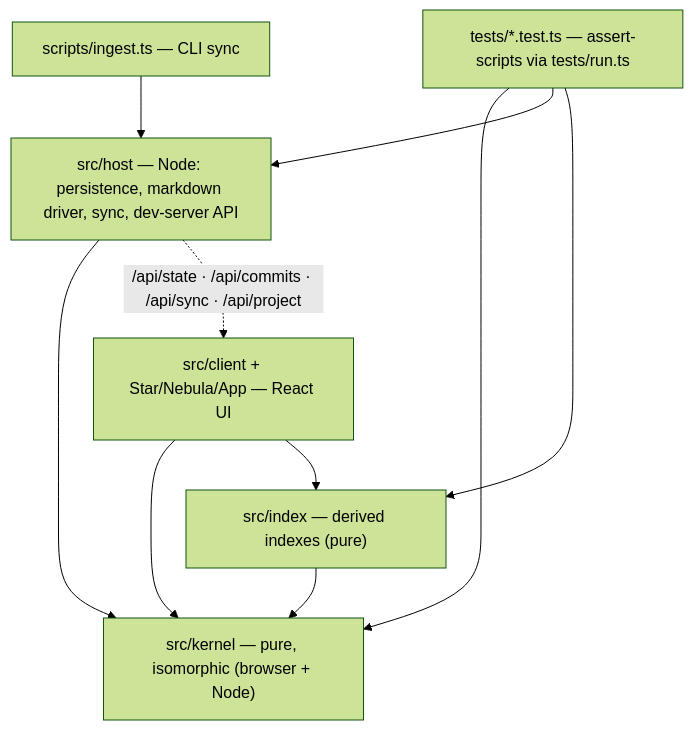
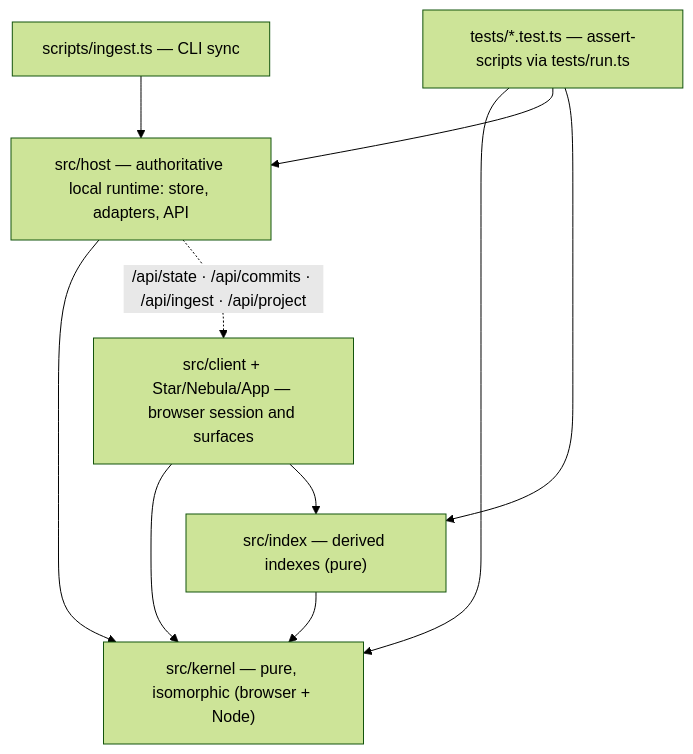
Before and after one commit to asavschaeffer/headspace: the first of 2 diagrams in ARCHITECTURE.md, drawn with Mermaid (forest theme). The commit also changed other lines of this file and 75 other files, not shown here.

Commit message:
Clarify Headspace architecture and enforce current formats

````diff
--- a/ARCHITECTURE.md
+++ b/ARCHITECTURE.md
@@ -23,13 +31,13 @@
 ```mermaid
 graph TD
   K["src/kernel — pure, isomorphic (browser + Node)"]
   IX["src/index — derived indexes (pure)"] --> K
-  H["src/host — Node: persistence, markdown driver, sync, dev-server API"] --> K
-  C["src/client + Star/Nebula/App — React UI"] --> K
+  H["src/host — authoritative local runtime: store, adapters, API"] --> K
+  C["src/client + Star/Nebula/App — browser session and surfaces"] --> K
   C --> IX
-  H -. "/api/state · /api/commits · /api/sync · /api/project" .-> C
+  H -. "/api/state · /api/commits · /api/ingest · /api/project" .-> C
   S["scripts/ingest.ts — CLI sync"] --> H
   T["tests/*.test.ts — assert-scripts via tests/run.ts"] --> K
   T --> H
   T --> IX
 ```
````
